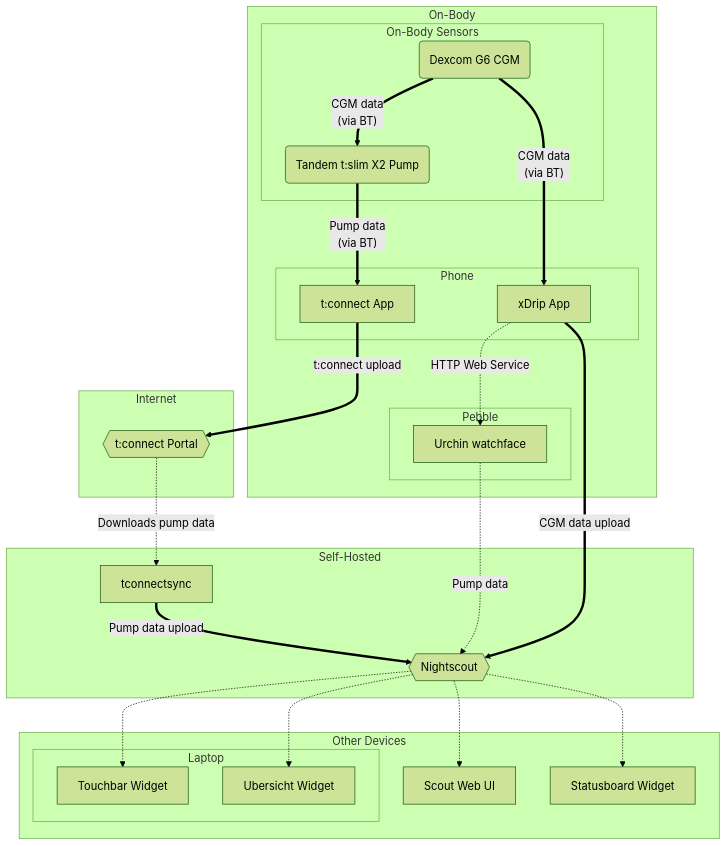
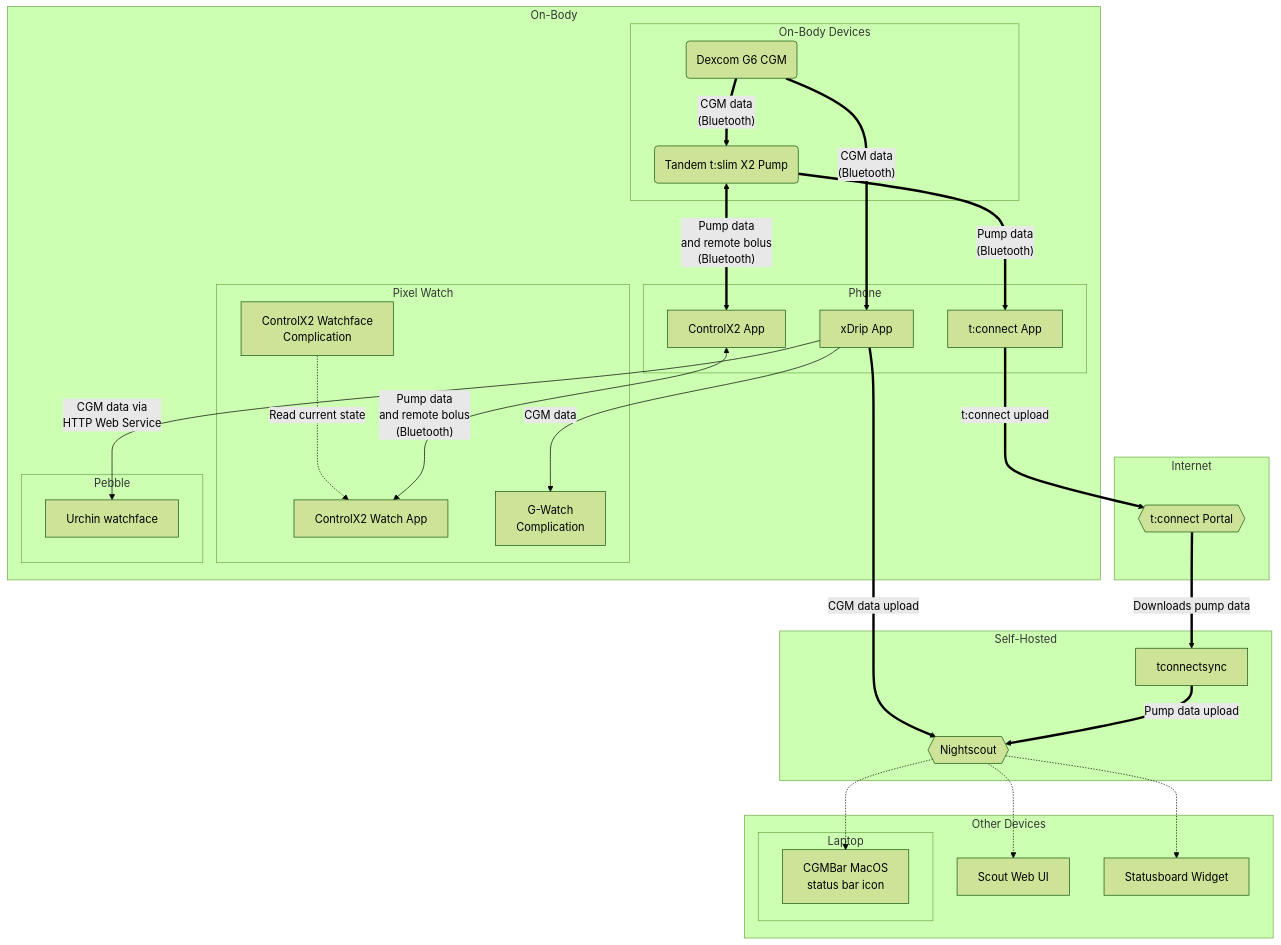
One commit to jwoglom/architecture-diagram changed the diagram in diabetes.mermaid. Above: the diagram before and after it, drawn with Mermaid (forest theme). The commit also changed other lines of this file and 1 other file, not shown here.

Commit message:
Add ControlX2

```diff
--- a/diabetes.mermaid
+++ b/diabetes.mermaid
@@ -1,69 +1,84 @@
 graph TD
     subgraph "On-Body"
-        subgraph "On-Body Sensors"
+        subgraph "On-Body Devices"
             CGM(Dexcom G6 CGM)
             PUMP(Tandem t:slim X2 Pump)
 
-            CGM ==>|"CGM data<br>(via BT)"| PUMP
+            CGM ==>|"CGM data<br>(Bluetooth)"| PUMP
         end
 
         subgraph Phone
             XDRIP[xDrip App]
             TCONNECTANDROID[t:connect App]
+            CONTROLX2[ControlX2 App]
             click XDRIP "http://github.com/nightscoutfoundation/xdrip"
+            click CONTROLX2 "http://github.com/jwoglom/controlX2"
 
-            CGM ===>|"CGM data<br>(via BT)"| XDRIP
+            CGM ===>|"CGM data<br>(Bluetooth)"| XDRIP
             
 
-            PUMP ==>|"Pump data<br>(via BT)"| TCONNECTANDROID
+            PUMP ==>|"Pump data<br>(Bluetooth)"| TCONNECTANDROID
+            PUMP <==>|"Pump data<br>and remote bolus<br>(Bluetooth)"| CONTROLX2
+        end
+
+        subgraph "Pixel Watch"
+            CONTROLX2WATCH["ControlX2 Watch App"]
+            CONTROLX2COMPLICATION["ControlX2 Watchface<br>Complication"]
+            XDRIPCOMPLICATION["G-Watch<br>Complication"]
+
+            click CONTROLX2WATCH "http://github.com/jwoglom/controlX2"
+            click CONTROLX2COMPLICATION "http://github.com/jwoglom/controlX2"
+            click XDRIPCOMPLICATION "https://play.google.com/store/apps/details?id=sk.trupici.gwatch.wear"
+
+            XDRIP -->|"CGM data"| XDRIPCOMPLICATION
+
+            CONTROLX2COMPLICATION -.->|Read current state| CONTROLX2WATCH
+            CONTROLX2 <-->|"Pump data<br>and remote bolus<br>(Bluetooth)"| CONTROLX2WATCH
         end
 
 
         subgraph Pebble
             PEBBLE["Urchin watchface"]
             click PEBBLE "https://github.com/jwoglom/urchin-cgm"
-            XDRIP -.->|HTTP Web Service| PEBBLE
+            XDRIP -->|CGM data via<br>HTTP Web Service| PEBBLE
         end
     end
 
     subgraph Internet
         TCONNECTPORTAL{{t:connect Portal}}
         click TCONNECTPORTAL "https://tconnect.tandemdiabetes.com/"
 
         TCONNECTANDROID ==>|t:connect upload| TCONNECTPORTAL
     end
 
     subgraph Self-Hosted
         NIGHTSCOUT{{Nightscout}}
         TCONNECTSYNC[tconnectsync]
         click NIGHTSCOUT "https://github.com/nightscout/cgm-remote-monitor"
         click TCONNECTSYNC "https://github.com/jwoglom/tconnectsync"
 
         XDRIP ==>|CGM data upload| NIGHTSCOUT
 
-        TCONNECTPORTAL -.->|Downloads pump data| TCONNECTSYNC
+        TCONNECTPORTAL ==>|Downloads pump data| TCONNECTSYNC
         TCONNECTSYNC ==>|Pump data upload| NIGHTSCOUT
     end
 
     subgraph "Other Devices"
         subgraph Laptop
-            TOUCHBAR[Touchbar Widget]
-            UBERSICHT[Ubersicht Widget]
+            CGMBAR[CGMBar MacOS<br>status bar icon]
 
-            click UBERSICHT "https://github.com/jwoglom/nibar"
+            click CGMBAR "https://github.com/jwoglom/cgmbar"
 
-            NIGHTSCOUT -.-> TOUCHBAR
-            NIGHTSCOUT -.-> UBERSICHT
+            NIGHTSCOUT -.-> CGMBAR
         end
 
         SCOUT[Scout Web UI]
         STATUSBOARD[Statusboard Widget]
 
         click SCOUT "https://github.com/jwoglom/scout"
         click STATUSBOARD "https://github.com/jwoglom/statusboard"
 
         NIGHTSCOUT -.-> SCOUT
         NIGHTSCOUT -.-> STATUSBOARD
 
-        PEBBLE -.->|Pump data| NIGHTSCOUT
     end
```
